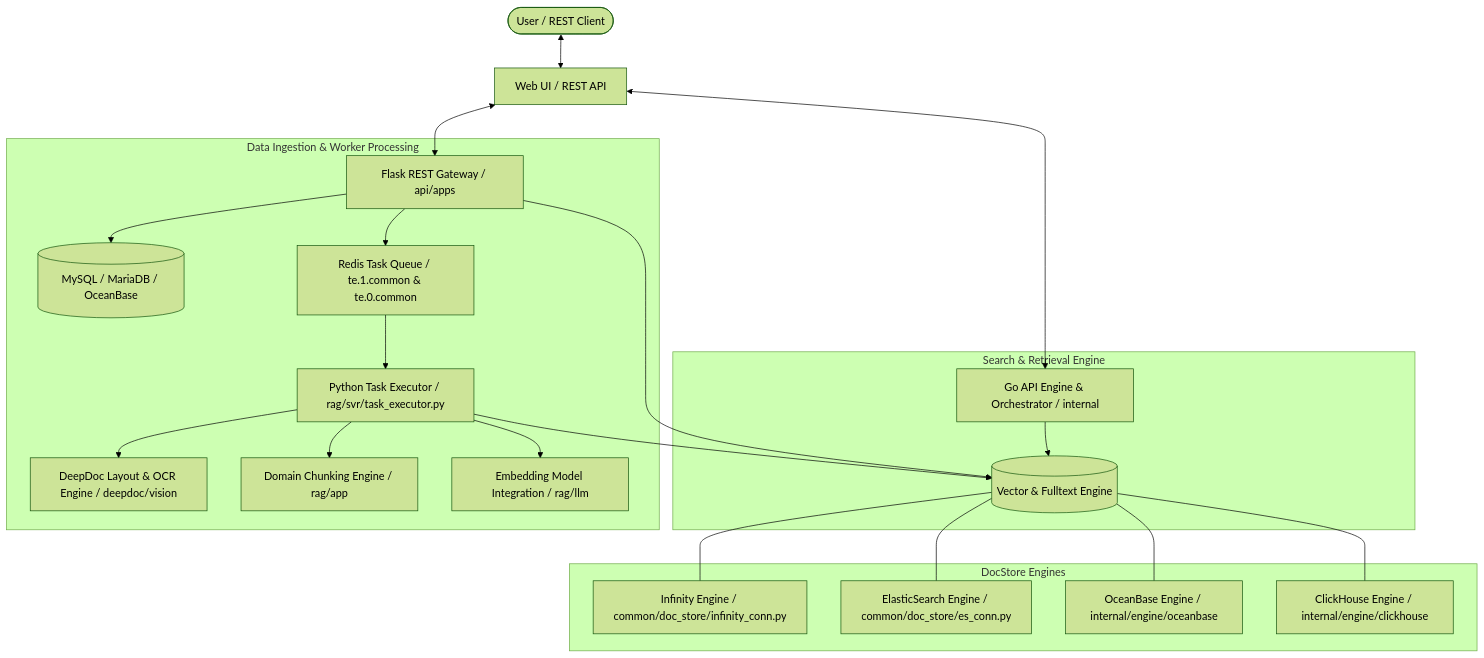
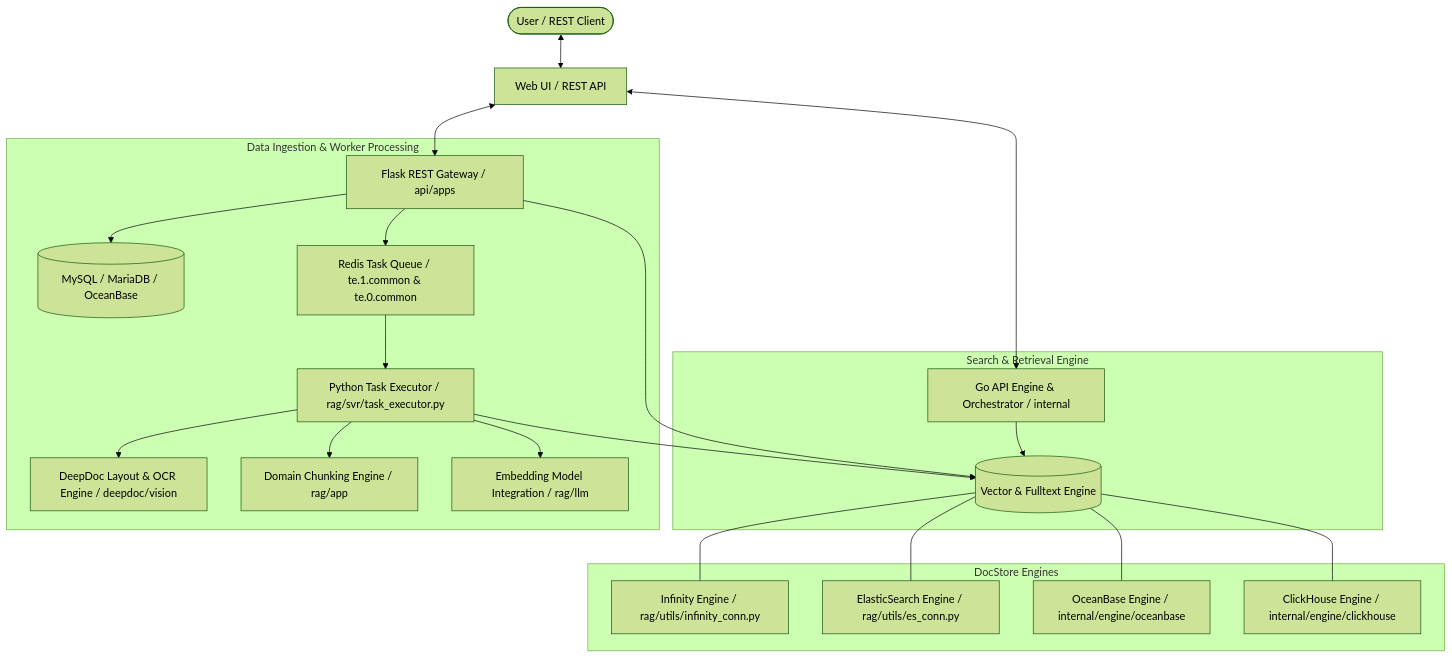
Before and after one commit to 6sLOGAN78/devRAG: the diagram in ragflow-docs/05-rag-pipeline/rag-overview.md, drawn with Mermaid (forest theme). The commit also changed other lines of this file and 35 other files, not shown here.

````diff
--- a/ragflow-docs/05-rag-pipeline/rag-overview.md
+++ b/ragflow-docs/05-rag-pipeline/rag-overview.md
@@ -9,28 +9,28 @@
 ```mermaid
 flowchart TD
     User([User / REST Client]) <--> Frontend[Web UI / REST API]
     Frontend <--> REST_Gateway[Flask REST Gateway / api/apps]
     Frontend <--> Go_Core[Go API Engine & Orchestrator / internal]
 
     subgraph Data Ingestion & Worker Processing
         REST_Gateway --> DB[(MySQL / MariaDB / OceanBase)]
         REST_Gateway --> RedisQueue[Redis Task Queue / te.1.common & te.0.common]
         RedisQueue --> TaskExecutor[Python Task Executor / rag/svr/task_executor.py]
         TaskExecutor --> DeepDoc[DeepDoc Layout & OCR Engine / deepdoc/vision]
         TaskExecutor --> Chunker[Domain Chunking Engine / rag/app]
         TaskExecutor --> Embedder[Embedding Model Integration / rag/llm]
     end
 
     subgraph Search & Retrieval Engine
         TaskExecutor --> DocStore[(Vector & Fulltext Engine)]
         Go_Core --> DocStore
         REST_Gateway --> DocStore
     end
 
     subgraph DocStore Engines
-        DocStore --- Infinity[Infinity Engine / common/doc_store/infinity_conn.py]
-        DocStore --- ES[ElasticSearch Engine / common/doc_store/es_conn.py]
+        DocStore --- Infinity[Infinity Engine / rag/utils/infinity_conn.py]
+        DocStore --- ES[ElasticSearch Engine / rag/utils/es_conn.py]
         DocStore --- OB[OceanBase Engine / internal/engine/oceanbase]
         DocStore --- CH[ClickHouse Engine / internal/engine/clickhouse]
     end
 ```
````
